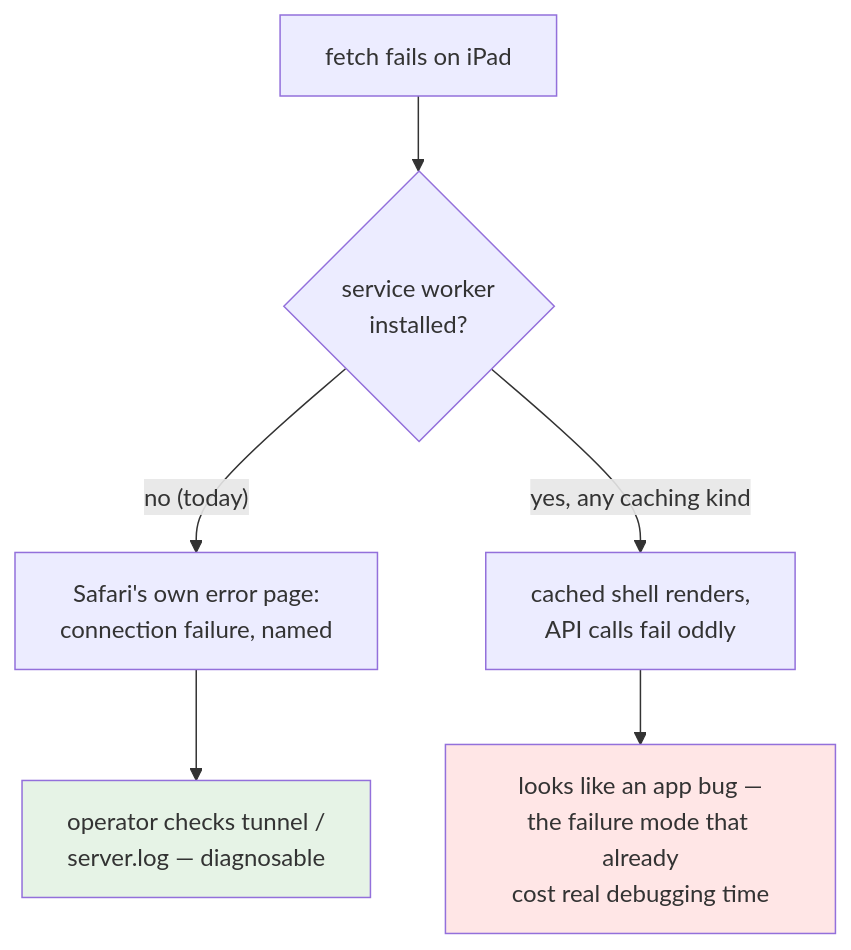
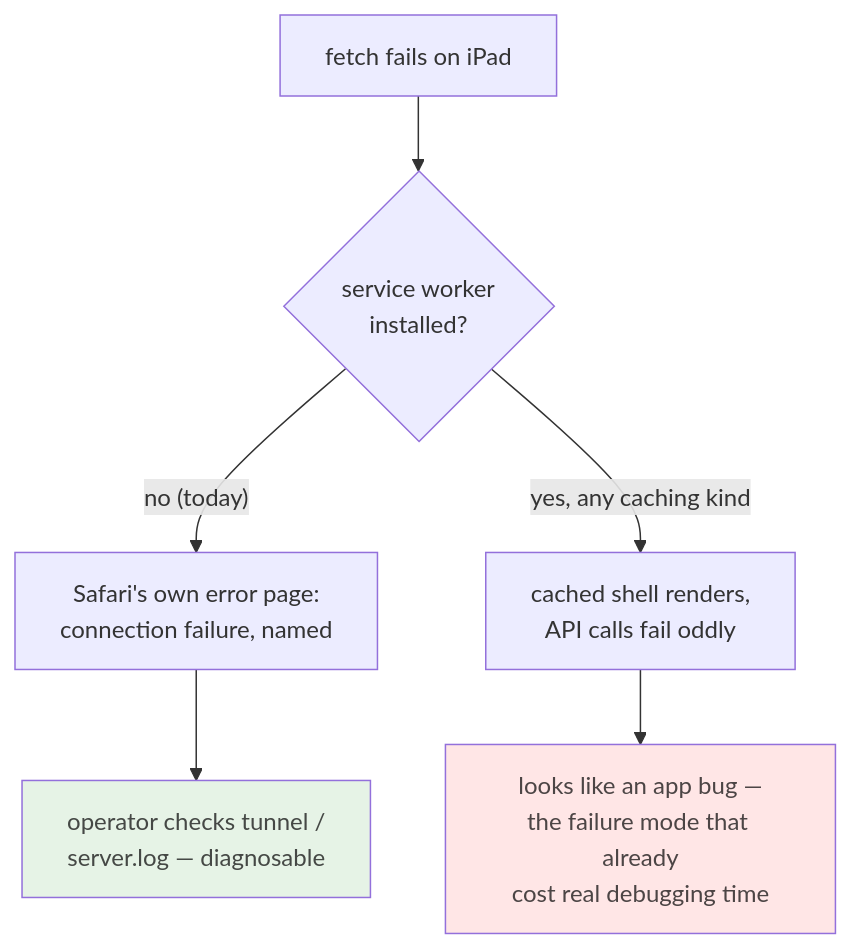
The diagram in docs/adr/0032-no-service-worker.md (tom2025b/git-vista), drawn with Mermaid before and after one commit. The commit also changed 21 other files, not shown here.

````diff
--- a/docs/adr/0032-no-service-worker.md
+++ b/docs/adr/0032-no-service-worker.md
@@ -36,8 +36,8 @@
 ```mermaid
 flowchart TD
     O["fetch fails on iPad"] --> Q{"service worker<br/>installed?"}
     Q -->|"no (today)"| L["Safari's own error page:<br/>connection failure, named"] --> D["operator checks tunnel /<br/>server.log — diagnosable"]
     Q -->|"yes, any caching kind"| C["cached shell renders,<br/>API calls fail oddly"] --> M["looks like an app bug —<br/>the failure mode that already<br/>cost real debugging time"]
-    style D fill:#e6f3e6
-    style M fill:#ffe6e6
+    style D fill:#e6f3e6,color:#454845
+    style M fill:#ffe6e6,color:#4c4545
 ```
````
